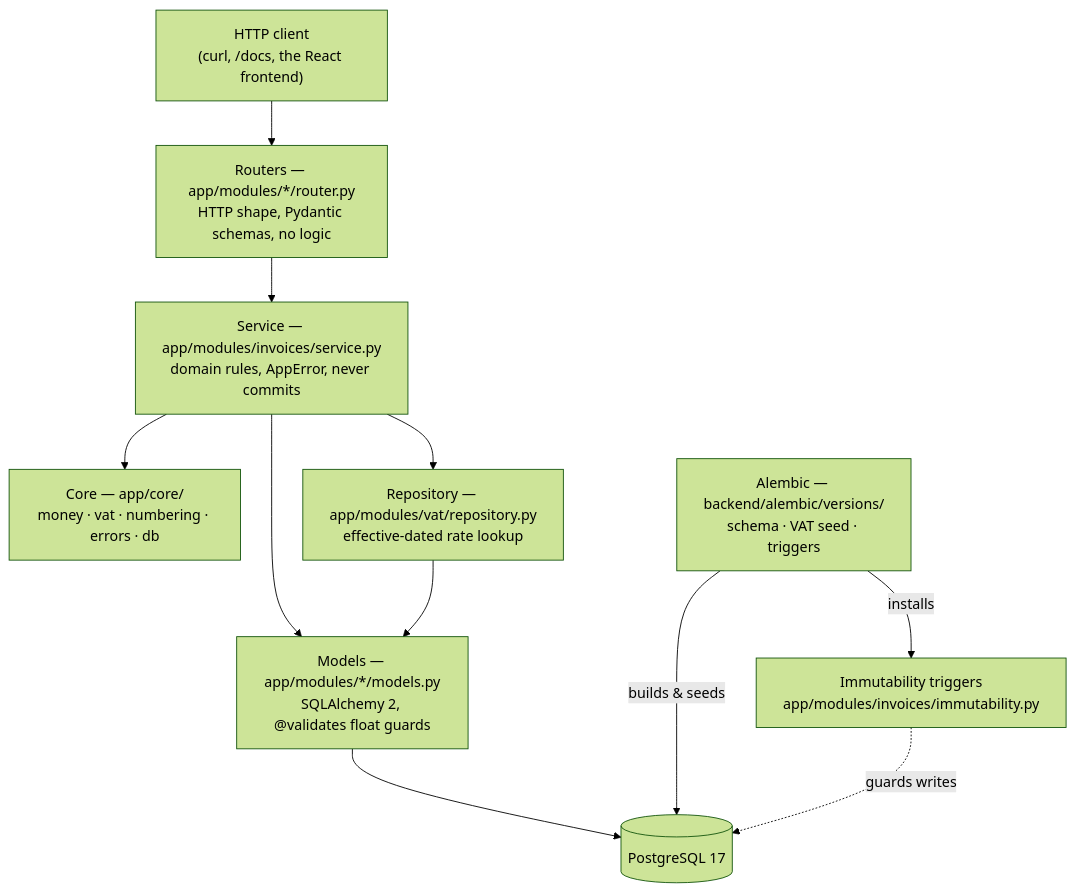
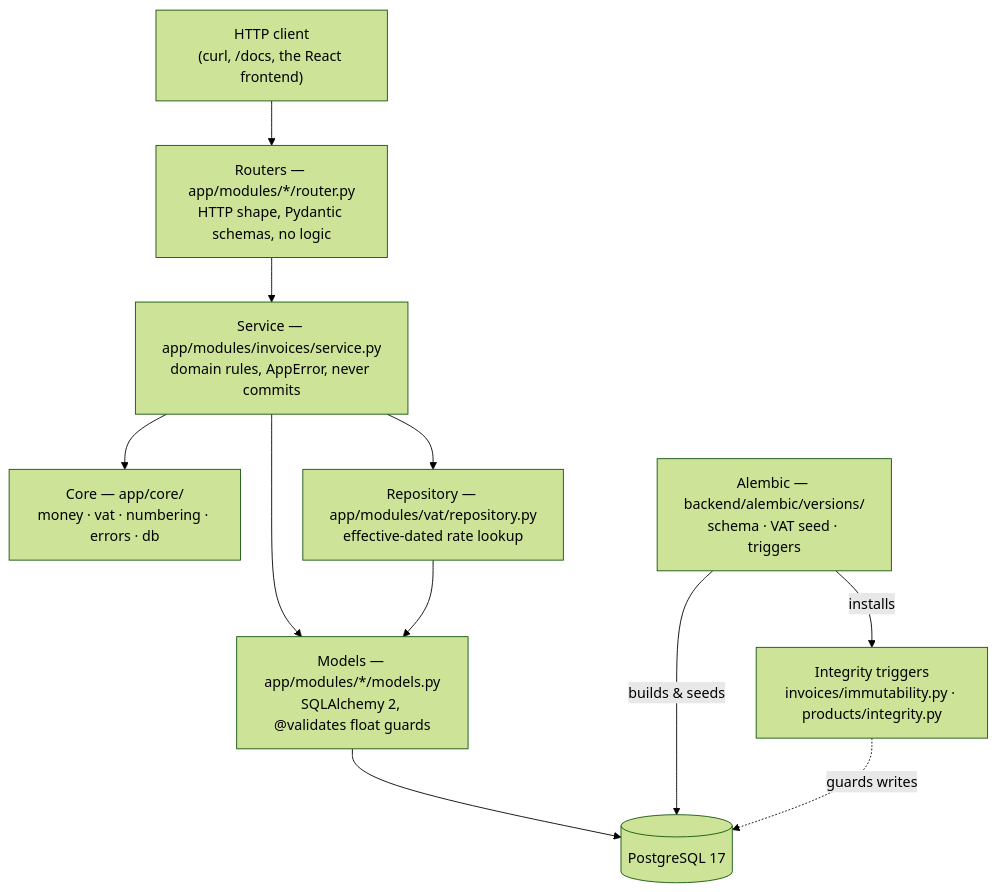
The diagram in docs/ARCHITECTURE.md (znsk966/uk-invoice-generator), drawn with Mermaid (forest theme) before and after one commit. The commit also changed other lines of this file and 5 other files, not shown here.

````diff
--- a/docs/ARCHITECTURE.md
+++ b/docs/ARCHITECTURE.md
@@ -12,22 +12,22 @@
 ```mermaid
 flowchart TD
     HTTP["HTTP client<br/>(curl, /docs, the React frontend)"]
     Router["Routers — app/modules/*/router.py<br/>HTTP shape, Pydantic schemas, no logic"]
     Service["Service — app/modules/invoices/service.py<br/>domain rules, AppError, never commits"]
     Core["Core — app/core/<br/>money · vat · numbering · errors · db"]
     Repo["Repository — app/modules/vat/repository.py<br/>effective-dated rate lookup"]
     Models["Models — app/modules/*/models.py<br/>SQLAlchemy 2, @validates float guards"]
     PG[("PostgreSQL 17")]
     Alembic["Alembic — backend/alembic/versions/<br/>schema · VAT seed · triggers"]
-    Trig["Immutability triggers<br/>app/modules/invoices/immutability.py"]
+    Trig["Integrity triggers<br/>invoices/immutability.py · products/integrity.py"]
 
     HTTP --> Router --> Service
     Service --> Core
     Service --> Repo
     Service --> Models
     Repo --> Models
     Models --> PG
     Alembic -- "builds & seeds" --> PG
     Alembic -- "installs" --> Trig
     Trig -. "guards writes" .-> PG
 ```
````
